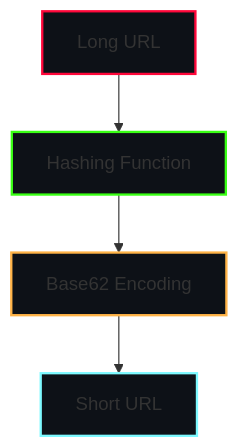
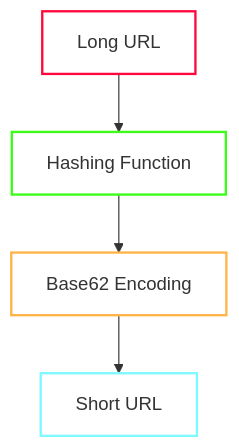
The second of 4 diagrams in urlshortener.md (talal-nabulsi/system-design-brain), drawn with Mermaid before and after one commit. The commit also changed other lines of this file, not shown here.

````diff
--- a/urlshortener.md
+++ b/urlshortener.md
@@ -132,11 +132,11 @@
 ```mermaid
 graph TD;
-    style LongURL fill:#0d1117,stroke:#ff073a,stroke-width:2px;
-    style Hashing fill:#0d1117,stroke:#39ff14,stroke-width:2px;
-    style Base62Encoding fill:#0d1117,stroke:#ffb347,stroke-width:2px;
-    style ShortURL fill:#0d1117,stroke:#7df9ff,stroke-width:2px;
+    style LongURL fill:#ffffff,stroke:#ff073a,stroke-width:2px;
+    style Hashing fill:#ffffff,stroke:#39ff14,stroke-width:2px;
+    style Base62Encoding fill:#ffffff,stroke:#ffb347,stroke-width:2px;
+    style ShortURL fill:#ffffff,stroke:#7df9ff,stroke-width:2px;
 
     LongURL[Long URL] --> Hashing[Hashing Function];
     Hashing --> Base62Encoding[Base62 Encoding];
     Base62Encoding --> ShortURL[Short URL];
 ```
````
